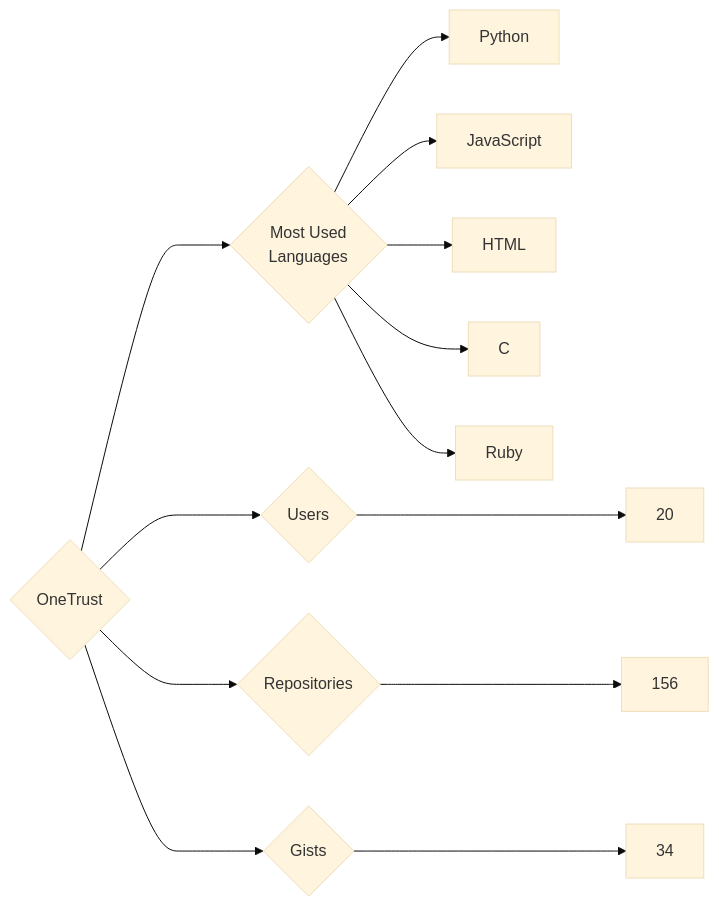
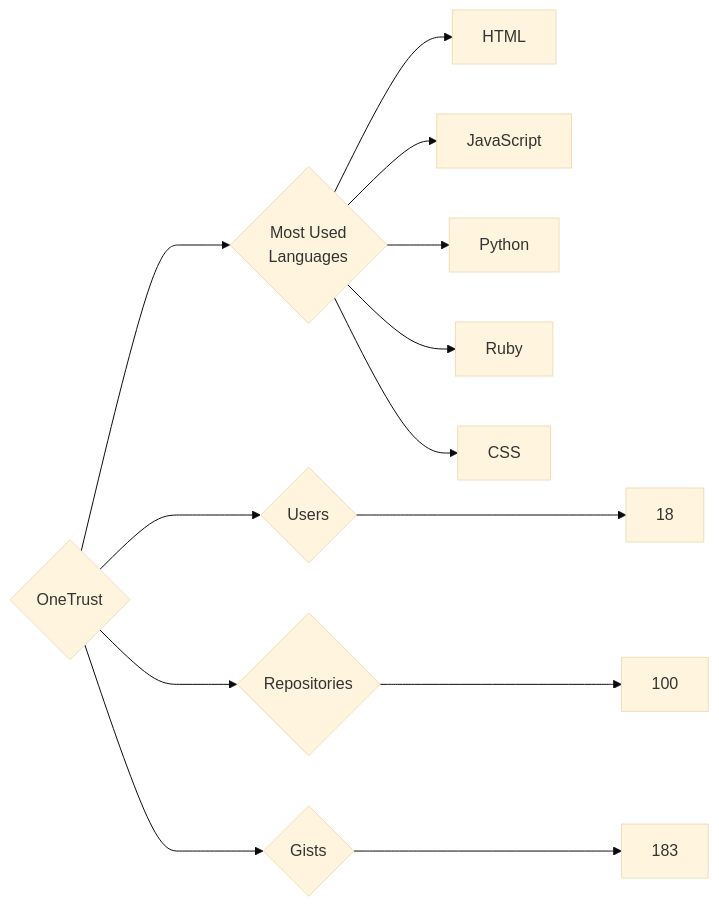
The diagram in targets/OneTrust/README.md (trickest/insiders), drawn with Mermaid (base theme) before and after one commit. The commit also changed 928 other files, not shown here.

````diff
--- a/targets/OneTrust/README.md
+++ b/targets/OneTrust/README.md
@@ -3,13 +3,13 @@
 ```mermaid
 graph LR
 COMPANY_NAME{OneTrust}
-COMPANY_NAME ---> U{Users} ---> UN[20]
-COMPANY_NAME ---> R{Repositories} ---> RN[156]
-COMPANY_NAME ---> G{Gists} ---> GN[34]
+COMPANY_NAME ---> U{Users} ---> UN[18]
+COMPANY_NAME ---> R{Repositories} ---> RN[100]
+COMPANY_NAME ---> G{Gists} ---> GN[183]
 COMPANY_NAME ---> ML{Most Used<br>Languages}
+ML --> HTML[HTML]
+ML --> JavaScript[JavaScript]
 ML --> Python[Python]
-ML --> JavaScript[JavaScript]
-ML --> HTML[HTML]
-ML --> C[C]
 ML --> Ruby[Ruby]
+ML --> CSS[CSS]
 ```
````
